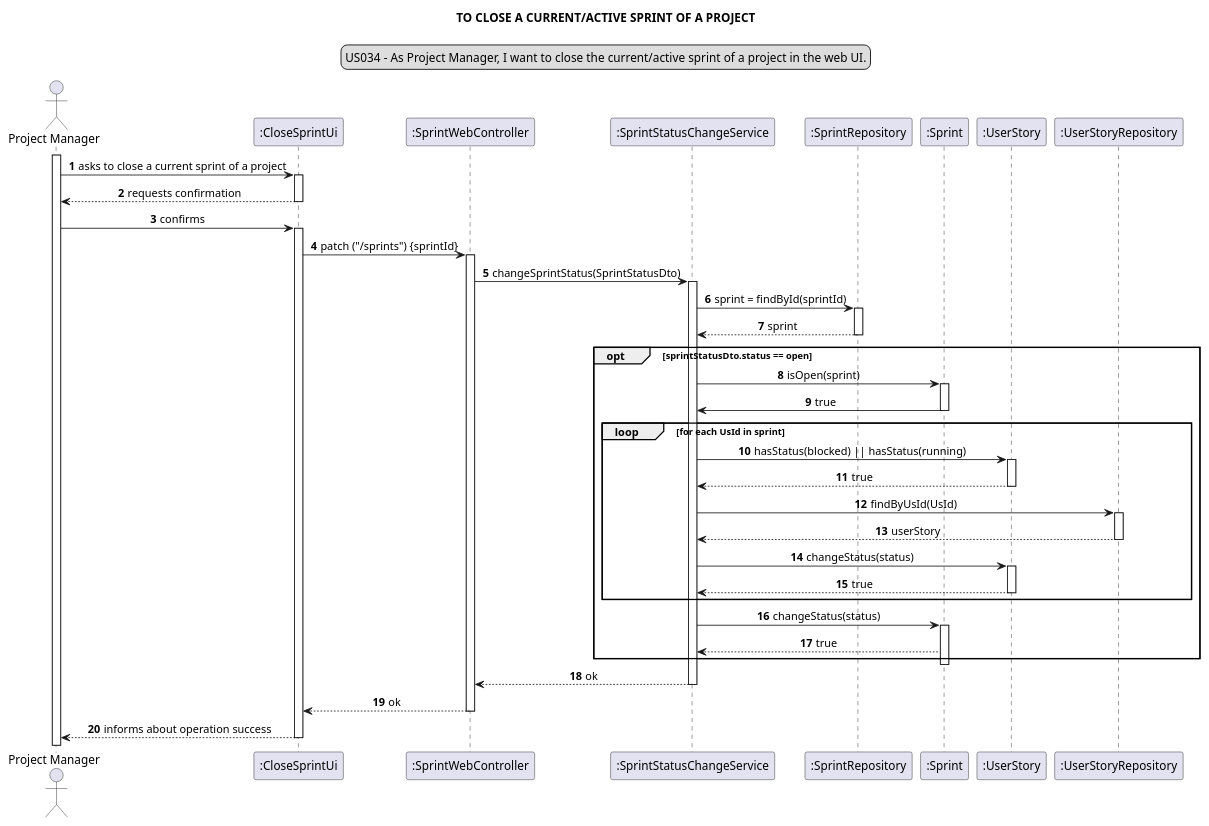
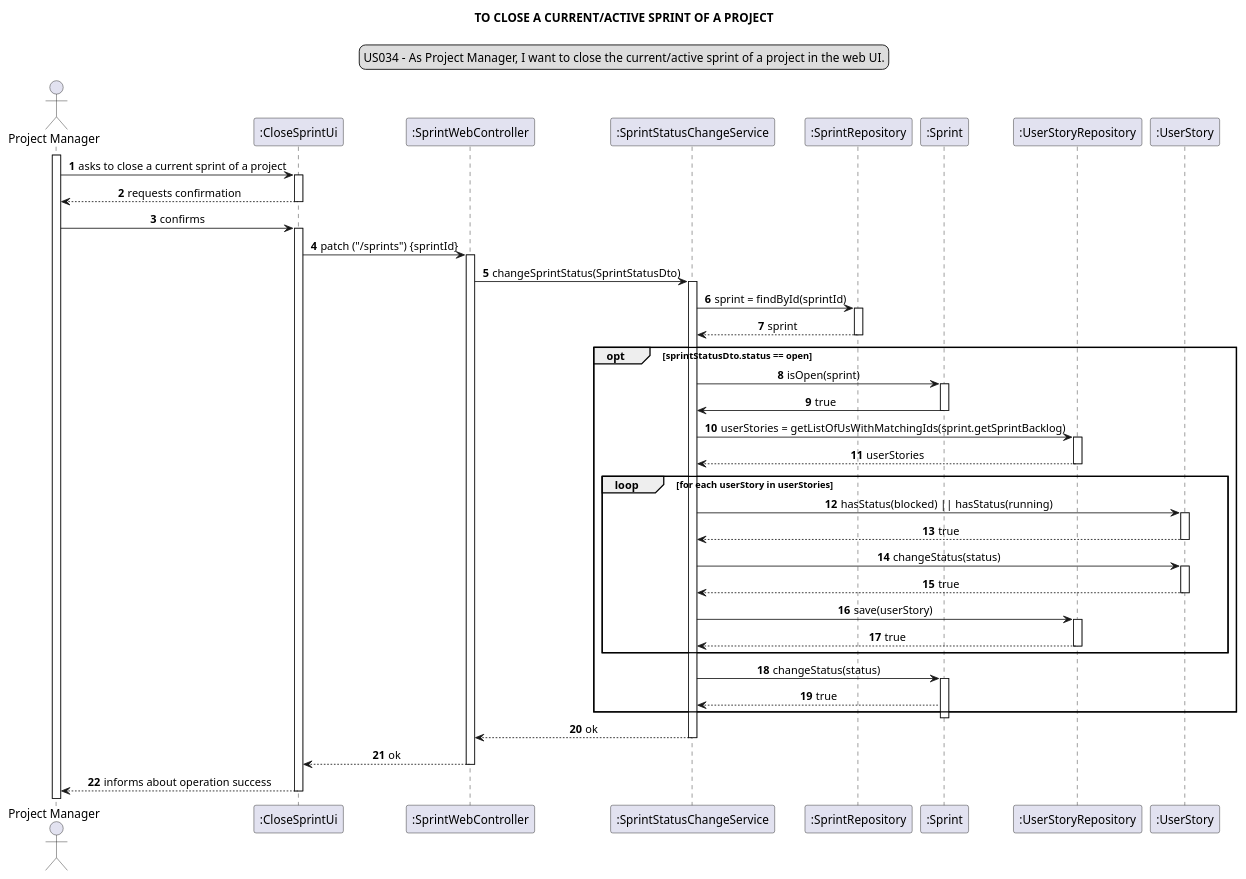
Before and after one commit to Loracline/project_switch_22-23: the diagram in docs/modelling_design/user_stories/sprint07/us034/US034_sequenceDiagram.puml, drawn with PlantUML.

Commit message:
US034: design: update of class diagram. references #646

```diff
--- a/docs/modelling_design/user_stories/sprint07/us034/US034_sequenceDiagram.puml
+++ b/docs/modelling_design/user_stories/sprint07/us034/US034_sequenceDiagram.puml
@@ -1,66 +1,72 @@
 @startuml
 skinparam sequenceMessageAlign center
 title TO CLOSE A CURRENT/ACTIVE SPRINT OF A PROJECT
 legend top
 US034 - As Project Manager, I want to close the current/active sprint of a project in the web UI.
 end legend
 autonumber
 
 actor "Project Manager"
 participant ":CloseSprintUi" as ui
 participant ":SprintWebController" as controller
 participant ":SprintStatusChangeService" as service
 participant ":SprintRepository" as sprintRepo
 participant ":Sprint" as sprint
+participant ":UserStoryRepository" as usRepo
 participant ":UserStory" as us
-participant ":UserStoryRepository" as usRepo
+
 
 activate "Project Manager"
 "Project Manager" -> ui: asks to close a current sprint of a project
 activate ui
 ui --> "Project Manager": requests confirmation
 deactivate ui
 "Project Manager" -> ui: confirms
 activate ui
 ui -> controller: patch ("/sprints") {sprintId}
 activate controller
 controller -> service: changeSprintStatus(SprintStatusDto)
 activate service
 service -> sprintRepo: sprint = findById(sprintId)
 activate sprintRepo
 sprintRepo --> service: sprint
 deactivate sprintRepo
 opt sprintStatusDto.status == open
 
 service -> sprint: isOpen(sprint)
 activate sprint
 sprint -> service: true
 deactivate sprint
-
-loop for each UsId in sprint
+service -> usRepo: userStories = getListOfUsWithMatchingIds(sprint.getSprintBacklog)
+activate usRepo
+usRepo --> service: userStories
+deactivate usRepo
+loop for each userStory in userStories
 service -> us: hasStatus(blocked) || hasStatus(running)
 activate us
 us --> service: true
 deactivate us
-service -> usRepo: findByUsId(UsId)
-activate usRepo
-usRepo --> service: userStory
-deactivate usRepo
+
 service -> us: changeStatus(status)
 activate us
 us --> service: true
 deactivate us
+service -> usRepo: save(userStory)
+activate usRepo
+usRepo --> service: true
+deactivate usRepo
+
 end loop
 service -> sprint: changeStatus(status)
 activate sprint
 sprint --> service: true
 end opt
 deactivate sprint
 service --> controller: ok
 deactivate service
 controller --> ui: ok
 deactivate controller
 ui --> "Project Manager": informs about operation success
 deactivate ui
 
 @enduml
```
